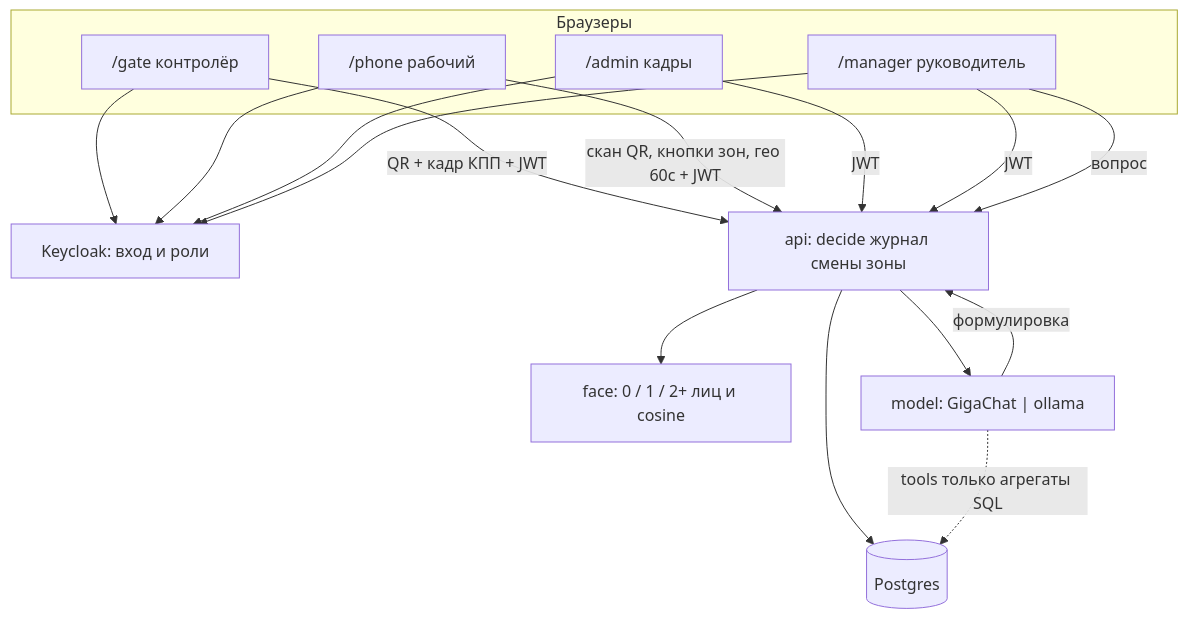
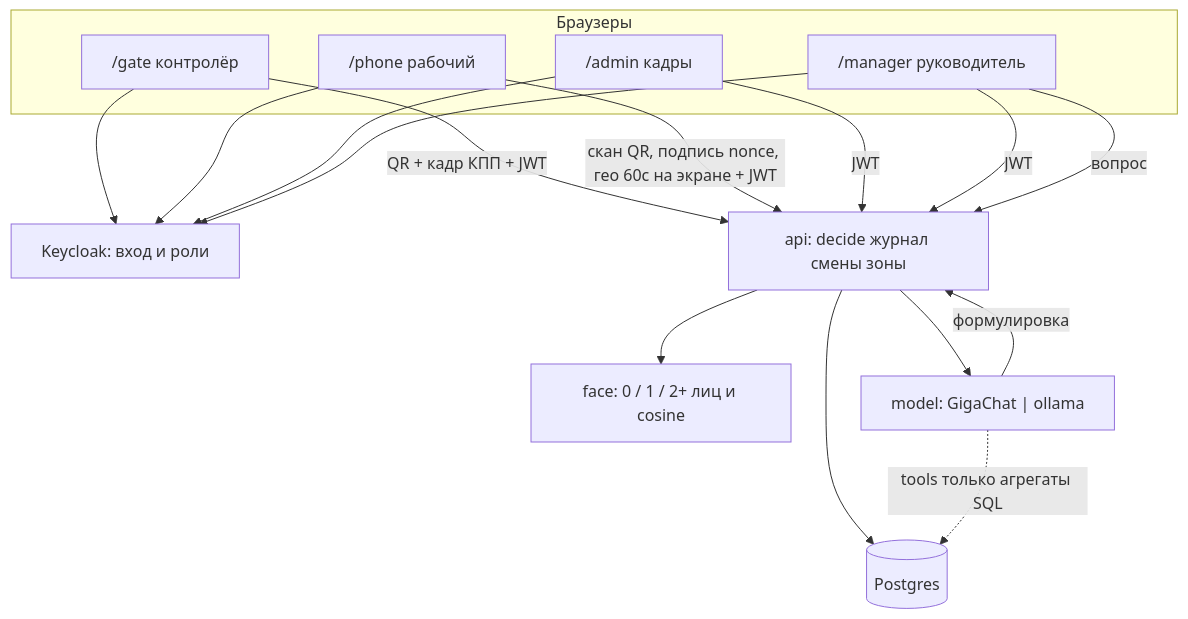
Before and after one commit to surgezxc/vaibaton-prohodnaya: the diagram in docs/architecture.md, drawn with Mermaid. The commit also changed other lines of this file and 25 other files, not shown here.

First line of the commit message:
Bind a device key to each pass and record the approved schema fixes.

````diff
--- a/docs/architecture.md
+++ b/docs/architecture.md
@@ -18,28 +20,28 @@
 ```mermaid
 flowchart TB
   subgraph ui [Браузеры]
     Gate["/gate контролёр"]
     Phone["/phone рабочий"]
     Admin["/admin кадры"]
     Mgr["/manager руководитель"]
   end
   KC["Keycloak: вход и роли"]
   API["api: decide журнал смены зоны"]
   Face["face: 0 / 1 / 2+ лиц и cosine"]
   Model["model: GigaChat | ollama"]
   PG[(Postgres)]
   Gate --> KC
   Phone --> KC
   Admin --> KC
   Mgr --> KC
   Gate -->|QR + кадр КПП + JWT| API
-  Phone -->|скан QR, кнопки зон, гео 60с + JWT| API
+  Phone -->|скан QR, подпись nonce, гео 60с на экране + JWT| API
   Admin -->|JWT| API
   Mgr -->|JWT| API
   API --> Face
   API --> PG
   Mgr -->|вопрос| API
   API --> Model
   Model -->|формулировка| API
   Model -.->|tools только агрегаты SQL| PG
 ```
````
